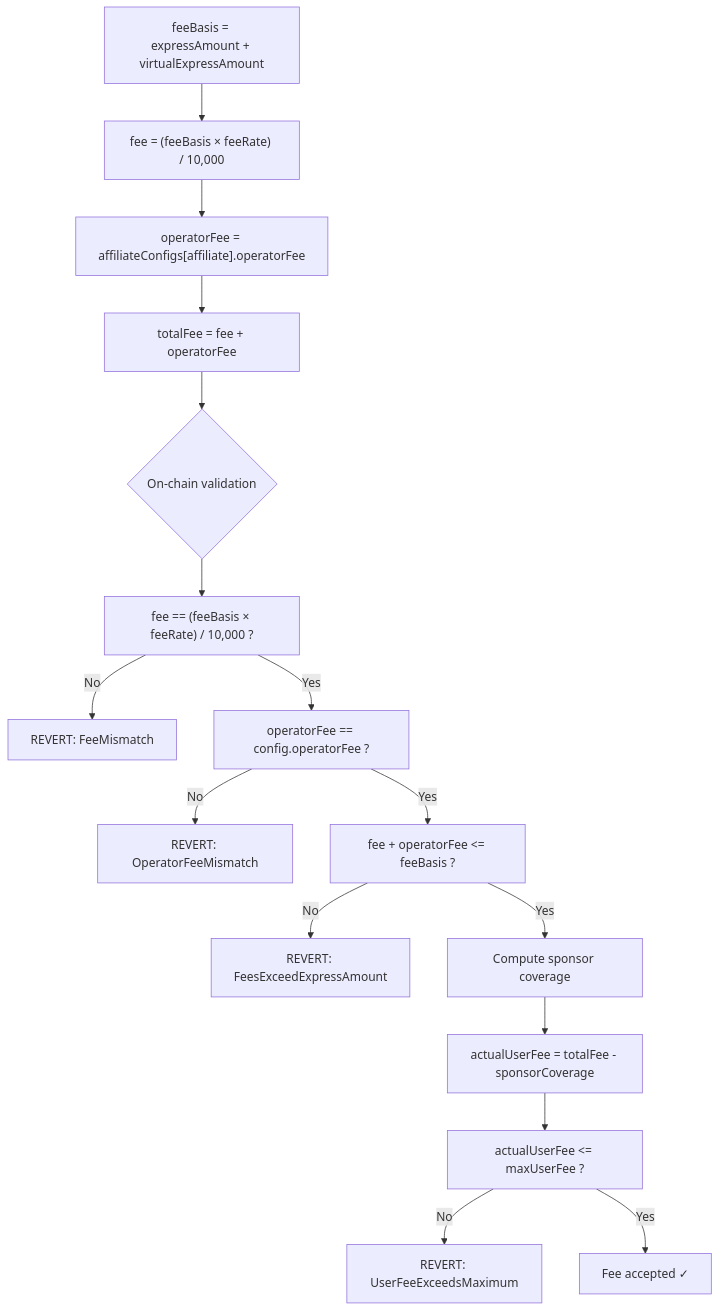
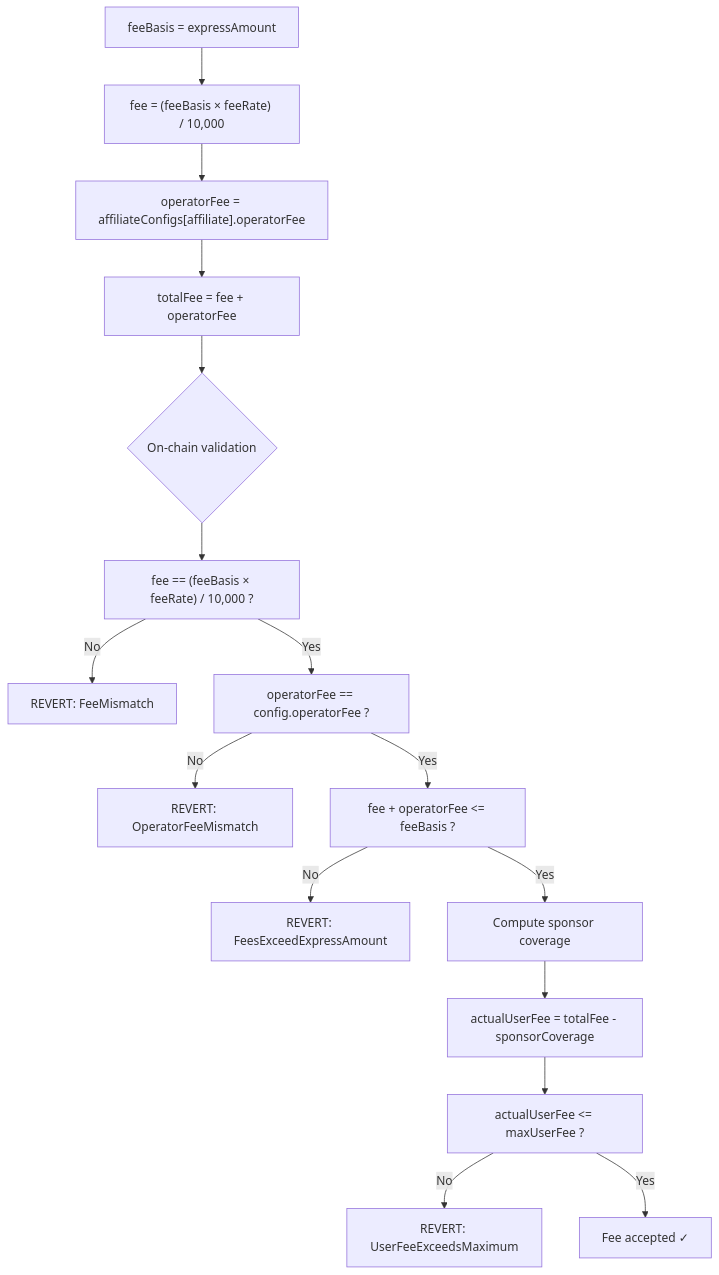
Diagram 12 of 33 in docs/v0.8.6/express-bot-operations-checklist.md (SYMM-IO/perps-core), drawn with Mermaid before and after one commit. The commit also changed other lines of this file and 9 other files, not shown here.

Commit message:
docs: replace VirtualProvider with Credit Line system in express provider docs

````diff
--- a/docs/v0.8.6/express-bot-operations-checklist.md
+++ b/docs/v0.8.6/express-bot-operations-checklist.md
@@ -1981,19 +1621,19 @@
 ```mermaid
 flowchart TD
-    A["feeBasis = expressAmount + virtualExpressAmount"] --> B["fee = (feeBasis × feeRate) / 10,000"]
+    A["feeBasis = expressAmount"] --> B["fee = (feeBasis × feeRate) / 10,000"]
     B --> C["operatorFee = affiliateConfigs[affiliate].operatorFee"]
     C --> D["totalFee = fee + operatorFee"]
     D --> E{On-chain validation}
 
     E --> F["fee == (feeBasis × feeRate) / 10,000 ?"]
     F -->|No| F1["REVERT: FeeMismatch"]
     F -->|Yes| G["operatorFee == config.operatorFee ?"]
     G -->|No| G1["REVERT: OperatorFeeMismatch"]
     G -->|Yes| H["fee + operatorFee <= feeBasis ?"]
     H -->|No| H1["REVERT: FeesExceedExpressAmount"]
     H -->|Yes| I[Compute sponsor coverage]
     I --> J["actualUserFee = totalFee - sponsorCoverage"]
     J --> K["actualUserFee <= maxUserFee ?"]
     K -->|No| K1["REVERT: UserFeeExceedsMaximum"]
     K -->|Yes| L[Fee accepted ✓]
 ```
````
